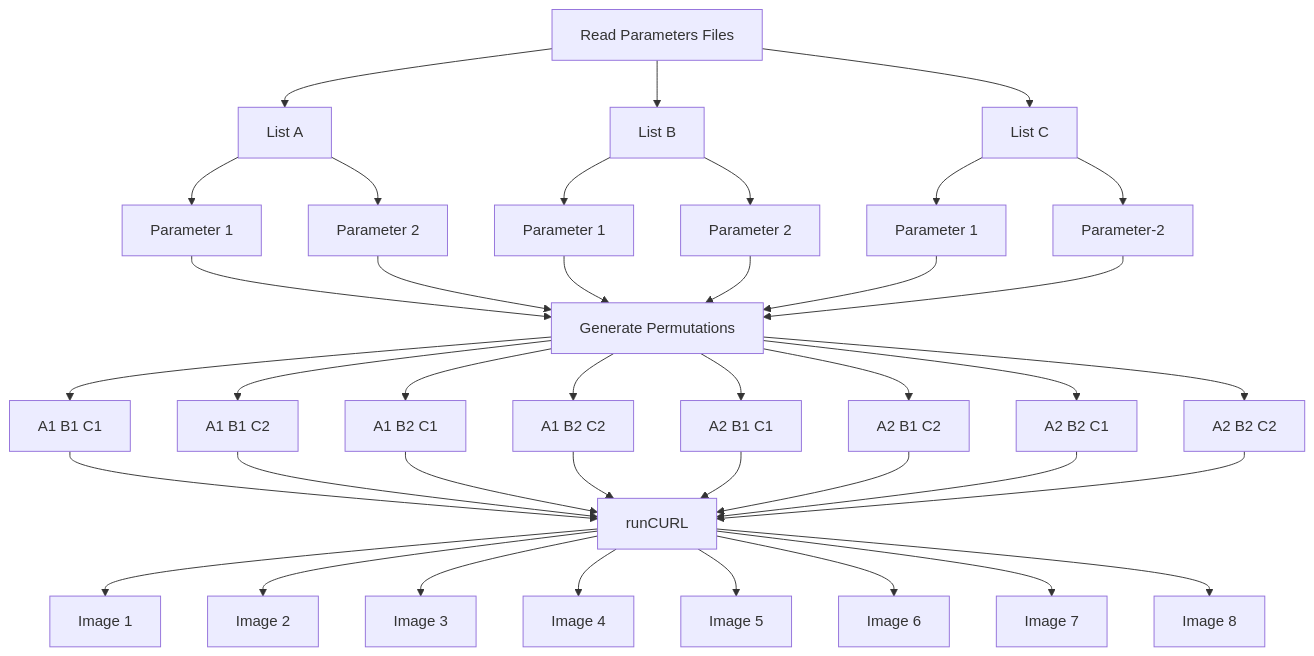
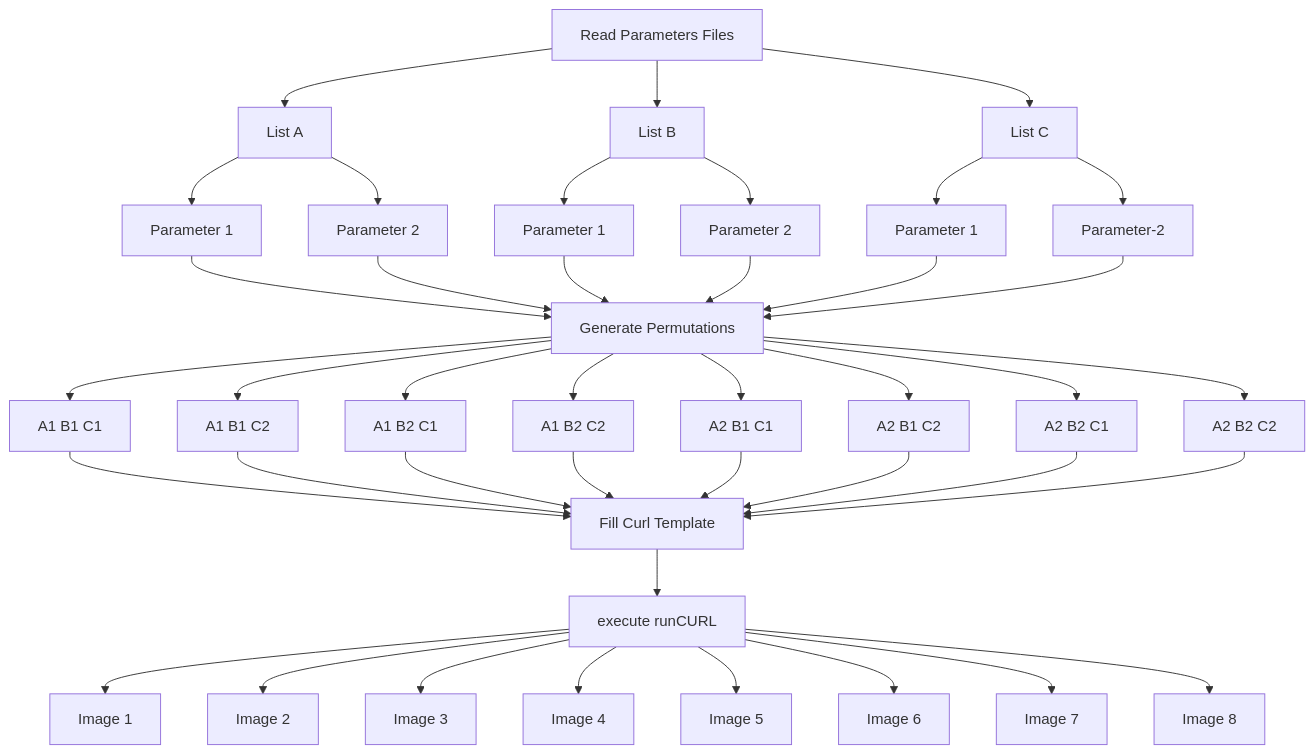
Before and after one commit to daedon/Fooocus-API-XYZ: the diagram in README.md, drawn with Mermaid.

````diff
--- a/README.md
+++ b/README.md
@@ -144,47 +144,50 @@
 ```mermaid
 graph TD;
     Read_Parameters[Read Parameters Files]-->listA[List A];
     Read_Parameters-->listB[List B];
     Read_Parameters-->listC[List C];
+
     listA-->A1[Parameter 1];
     listA-->A2[Parameter 2];
     listB-->B1[Parameter 1];
     listB-->B2[Parameter 2];
     listC-->C1[Parameter 1];
     listC-->C2[Parameter-2];
 
     A1-->Generate_Permutation[Generate Permutations];
     A2-->Generate_Permutation;
     B1-->Generate_Permutation;
     B2-->Generate_Permutation;
     C1-->Generate_Permutation;
     C2-->Generate_Permutation;
 
     Generate_Permutation-->A1_B1_C1[A1 B1 C1];
     Generate_Permutation-->A1_B1_C2[A1 B1 C2];
     Generate_Permutation-->A1_B2_C1[A1 B2 C1];
     Generate_Permutation-->A1_B2_C2[A1 B2 C2];
     Generate_Permutation-->A2_B1_C1[A2 B1 C1];
     Generate_Permutation-->A2_B1_C2[A2 B1 C2];
     Generate_Permutation-->A2_B2_C1[A2 B2 C1];
     Generate_Permutation-->A2_B2_C2[A2 B2 C2];
 
-    A1_B1_C1-->CurlCall[runCURL];
-    A1_B1_C2-->CurlCall;
-    A1_B2_C1-->CurlCall;
-    A1_B2_C2-->CurlCall;
-    A2_B1_C1-->CurlCall;
-    A2_B1_C2-->CurlCall;
-    A2_B2_C1-->CurlCall;
-    A2_B2_C2-->CurlCall;
+    A1_B1_C1-->template[Fill Curl Template];
+    A1_B1_C2-->template;
+    A1_B2_C1-->template;
+    A1_B2_C2-->template;
+    A2_B1_C1-->template;
+    A2_B1_C2-->template;
+    A2_B2_C1-->template;
+    A2_B2_C2-->template;
+
+    template-->CurlCall[execute runCURL];
 
     CurlCall-->ImageA1_B1_C1[Image 1];
     CurlCall-->ImageA1_B1_C2[Image 2];
     CurlCall-->ImageA1_B2_C1[Image 3];
     CurlCall-->ImageA1_B2_C2[Image 4];
     CurlCall-->ImageA2_B1_C1[Image 5];
     CurlCall-->ImageA2_B1_C2[Image 6];
     CurlCall-->ImageA2_B2_C1[Image 7];
     CurlCall-->ImageA2_B2_C2[Image 8];
 
 ```
````
